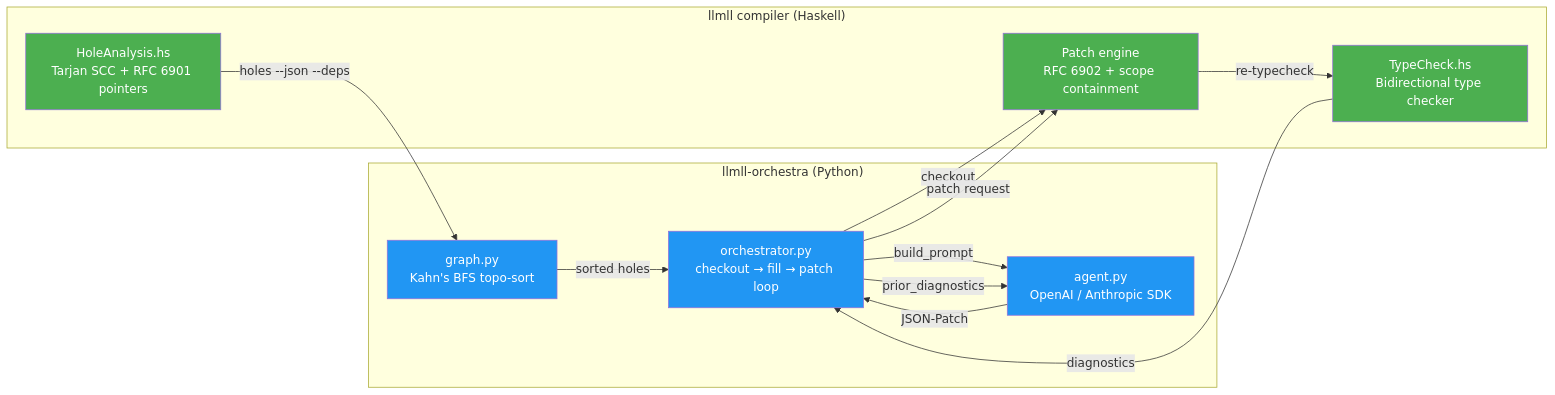
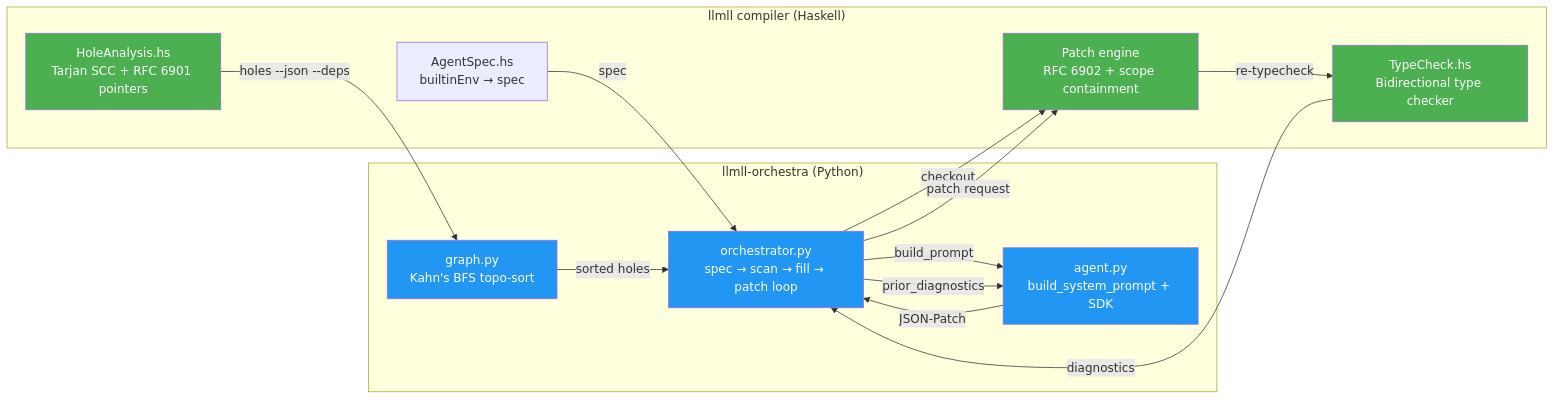
Before and after one commit to machunter/llmll: the third of 3 diagrams in docs/orchestrator-walkthrough.md, drawn with Mermaid. The commit also changed other lines of this file, not shown here.

Commit message:
docs: update orchestrator walkthrough for v0.3.4 spec command

````diff
--- a/docs/orchestrator-walkthrough.md
+++ b/docs/orchestrator-walkthrough.md
@@ -970,31 +982,33 @@
 ```mermaid
 graph LR
     subgraph Compiler ["llmll compiler (Haskell)"]
+        AS["AgentSpec.hs<br/>builtinEnv → spec"]
         H["HoleAnalysis.hs<br/>Tarjan SCC + RFC 6901 pointers"]
         TC["TypeCheck.hs<br/>Bidirectional type checker"]
         P["Patch engine<br/>RFC 6902 + scope containment"]
     end
 
     subgraph Orchestrator ["llmll-orchestra (Python)"]
         G["graph.py<br/>Kahn's BFS topo-sort"]
-        AG["agent.py<br/>OpenAI / Anthropic SDK"]
-        OL["orchestrator.py<br/>checkout → fill → patch loop"]
+        AG["agent.py<br/>build_system_prompt + SDK"]
+        OL["orchestrator.py<br/>spec → scan → fill → patch loop"]
     end
 
+    AS -->|"spec"| OL
     H -->|"holes --json --deps"| G
     G -->|"sorted holes"| OL
     OL -->|"checkout"| P
     OL -->|"build_prompt"| AG
     AG -->|"JSON-Patch"| OL
     OL -->|"patch request"| P
     P -->|"re-typecheck"| TC
     TC -->|"diagnostics"| OL
     OL -->|"prior_diagnostics"| AG
 
     style H fill:#4CAF50,color:#fff
     style TC fill:#4CAF50,color:#fff
     style P fill:#4CAF50,color:#fff
     style G fill:#2196F3,color:#fff
     style AG fill:#2196F3,color:#fff
     style OL fill:#2196F3,color:#fff
 ```
````
